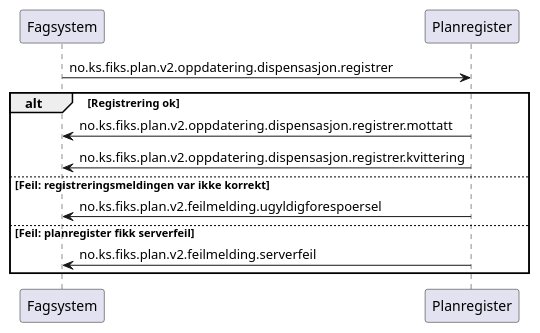
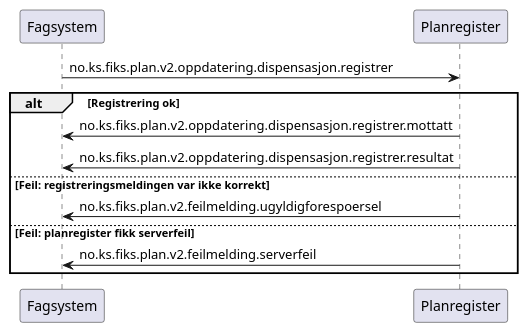
Before and after one commit to ks-no/fiks-plan-specification: the diagram in Dokumentasjon/V2/SequenceDiagrams/no.ks.fiks.plan.v2.oppdatering.dispensasjon.registrer/sequence-diagram.pu, drawn with PlantUML. The commit also changed 11 other files, not shown here.

Commit message:
Oppdatert diagrammer

```diff
--- a/Dokumentasjon/V2/SequenceDiagrams/no.ks.fiks.plan.v2.oppdatering.dispensasjon.registrer/sequence-diagram.pu
+++ b/Dokumentasjon/V2/SequenceDiagrams/no.ks.fiks.plan.v2.oppdatering.dispensasjon.registrer/sequence-diagram.pu
@@ -1,16 +1,16 @@
 @startuml
 
 Fagsystem -> Planregister: no.ks.fiks.plan.v2.oppdatering.dispensasjon.registrer
 
 alt Registrering ok
 Fagsystem <- Planregister: no.ks.fiks.plan.v2.oppdatering.dispensasjon.registrer.mottatt
-Fagsystem <- Planregister: no.ks.fiks.plan.v2.oppdatering.dispensasjon.registrer.kvittering
+Fagsystem <- Planregister: no.ks.fiks.plan.v2.oppdatering.dispensasjon.registrer.resultat
 
 else Feil: registreringsmeldingen var ikke korrekt
 Fagsystem <- Planregister: no.ks.fiks.plan.v2.feilmelding.ugyldigforespoersel
 
 else Feil: planregister fikk serverfeil
 Fagsystem <- Planregister: no.ks.fiks.plan.v2.feilmelding.serverfeil
 
 end
 @enduml
```
